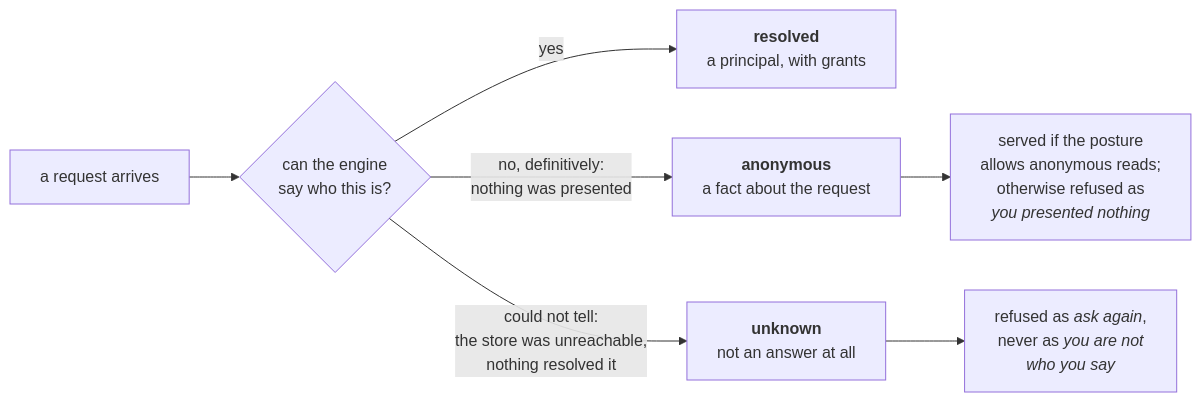
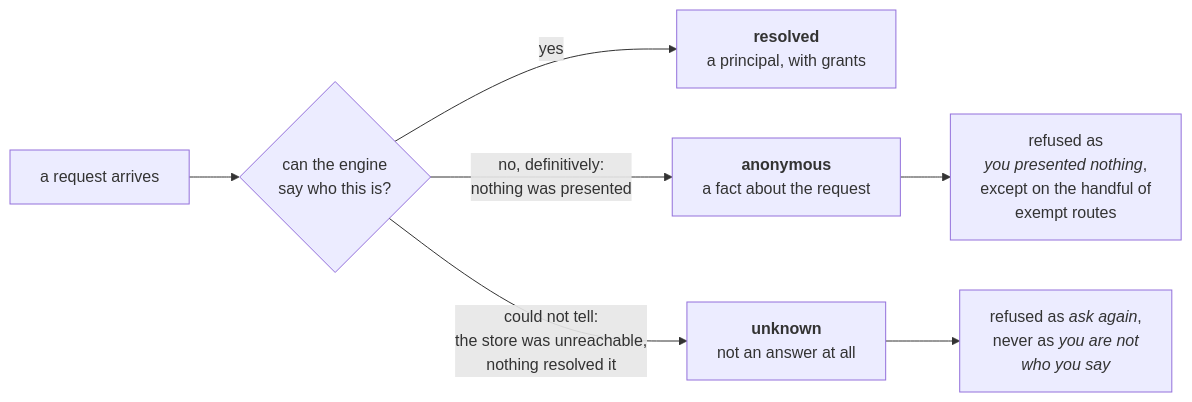
Before and after one commit to crewlet/crewlet: the diagram in docs/concepts/identity-and-access.md, drawn with Mermaid. The commit also changed other lines of this file and 115 other files, not shown here.

````diff
--- a/docs/concepts/identity-and-access.md
+++ b/docs/concepts/identity-and-access.md
@@ -157,9 +184,9 @@
 ```mermaid
 flowchart LR
     REQ["a request arrives"] --> R{"can the engine<br/>say who this is?"}
     R -->|"yes"| RES["<b>resolved</b><br/>a principal, with grants"]
     R -->|"no, definitively:<br/>nothing was presented"| ANON["<b>anonymous</b><br/>a fact about the request"]
     R -->|"could not tell:<br/>the store was unreachable,<br/>nothing resolved it"| UNK["<b>unknown</b><br/>not an answer at all"]
-    ANON --> A2["served if the posture<br/>allows anonymous reads;<br/>otherwise refused as<br/><i>you presented nothing</i>"]
+    ANON --> A2["refused as<br/><i>you presented nothing</i>,<br/>except on the handful of<br/>exempt routes"]
     UNK --> U2["refused as <i>ask again</i>,<br/>never as <i>you are not<br/>who you say</i>"]
 ```
````
